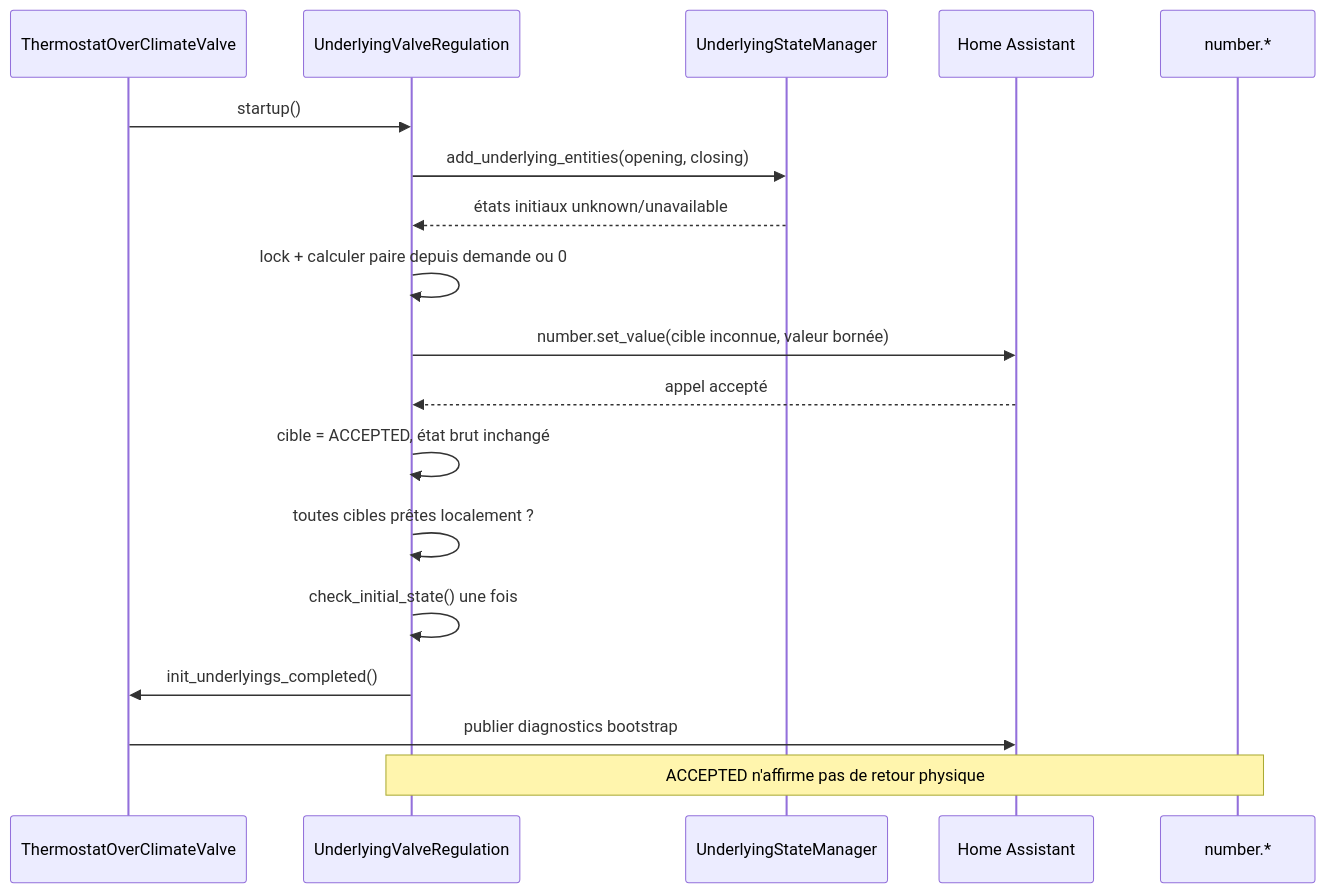
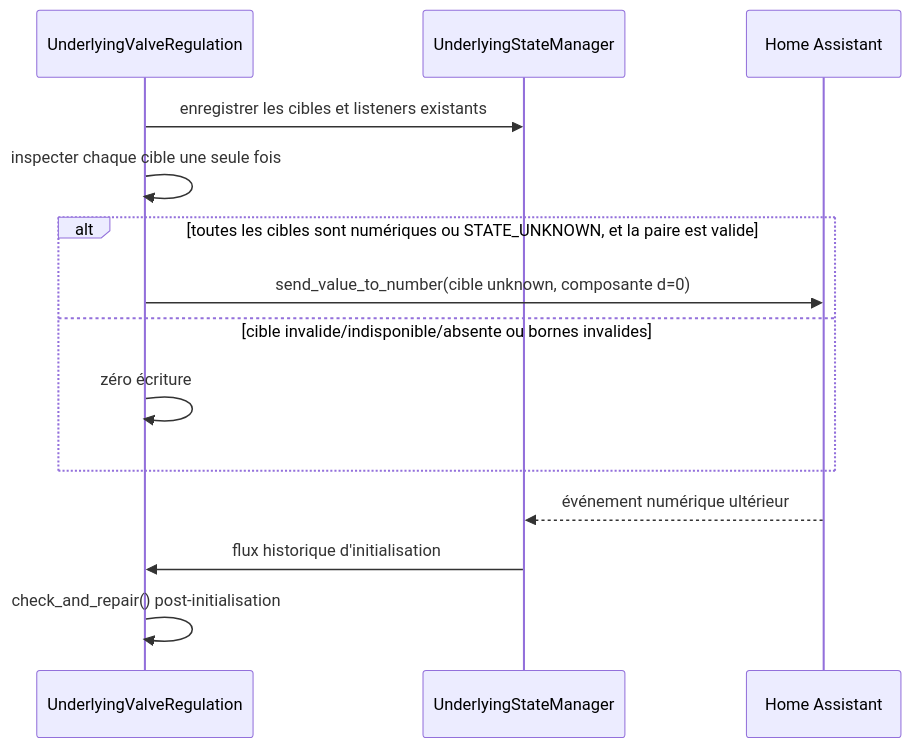
Before and after one commit to jmcollin78/versatile_thermostat: the diagram in documentation/tech-docs/issue-2049-design.md, drawn with Mermaid. The commit also changed other lines of this file and 7 other files, not shown here.

Commit message:
Fix auto_regulation_valve deadlocks permanently when opening/closing degree numbers stay unknown after restart (Sonoff TRVZB) Fixes #2049

````diff
--- a/documentation/tech-docs/issue-2049-design.md
+++ b/documentation/tech-docs/issue-2049-design.md
@@ -190,21 +69,17 @@
 ```mermaid
 sequenceDiagram
-    participant T as ThermostatOverClimateValve
     participant V as UnderlyingValveRegulation
     participant M as UnderlyingStateManager
     participant H as Home Assistant
-    participant N as number.*
 
-    T->>V: startup()
-    V->>M: add_underlying_entities(opening, closing)
-    M-->>V: états initiaux unknown/unavailable
-    V->>V: lock + calculer paire depuis demande ou 0
-    V->>H: number.set_value(cible inconnue, valeur bornée)
-    H-->>V: appel accepté
-    V->>V: cible = ACCEPTED, état brut inchangé
-    V->>V: toutes cibles prêtes localement ?
-    V->>V: check_initial_state() une fois
-    V->>T: init_underlyings_completed()
-    T->>H: publier diagnostics bootstrap
-    Note over V,N: ACCEPTED n'affirme pas de retour physique
+    V->>M: enregistrer les cibles et listeners existants
+    V->>V: inspecter chaque cible une seule fois
+    alt toutes les cibles sont numériques ou STATE_UNKNOWN, et la paire est valide
+        V->>H: send_value_to_number(cible unknown, composante d=0)
+    else cible invalide/indisponible/absente ou bornes invalides
+        V->>V: zéro écriture
+    end
+    H-->>M: événement numérique ultérieur
+    M->>V: flux historique d'initialisation
+    V->>V: check_and_repair() post-initialisation
 ```
````
